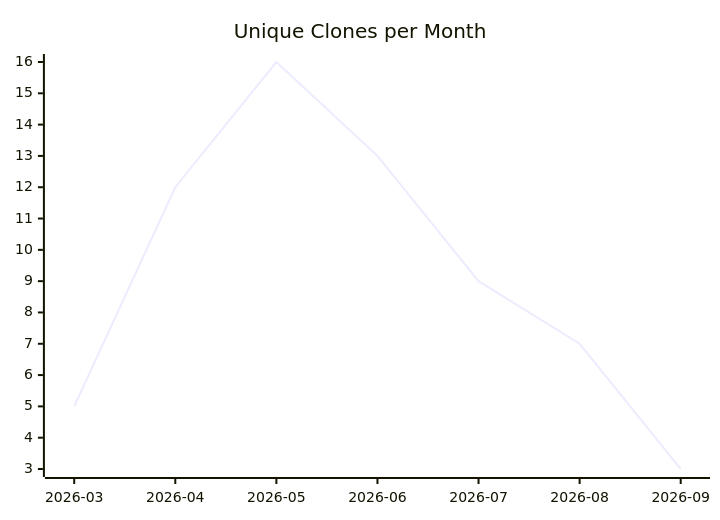
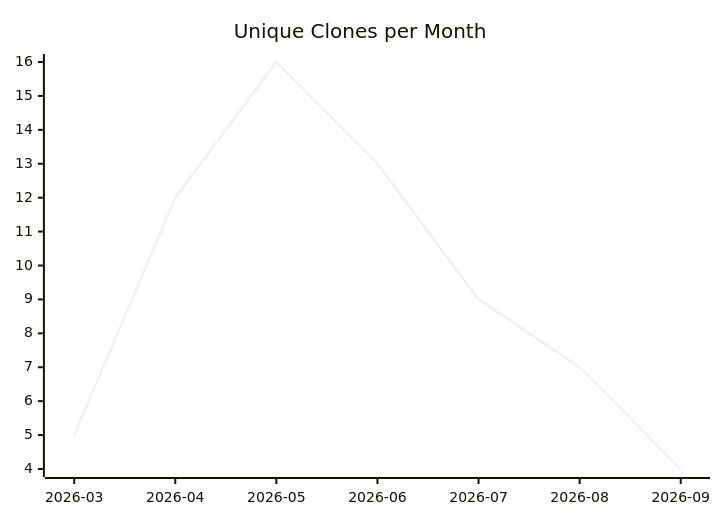
One commit to justdavis-family/github-analytics-data changed the third of 3 diagrams in karlmdavis/justdavis-karl/README.md. Above: the diagram before and after it, drawn with Mermaid. The commit also changed other lines of this file and 187 other files, not shown here.

````diff
--- a/karlmdavis/justdavis-karl/README.md
+++ b/karlmdavis/justdavis-karl/README.md
@@ -19,6 +19,6 @@
 ```mermaid
 xychart-beta
   title "Unique Clones per Month"
   x-axis ["2026-03", "2026-04", "2026-05", "2026-06", "2026-07", "2026-08", "2026-09"]
-  line [5, 12, 16, 13, 9, 7, 3]
+  line [5, 12, 16, 13, 9, 7, 4]
 ```
````
